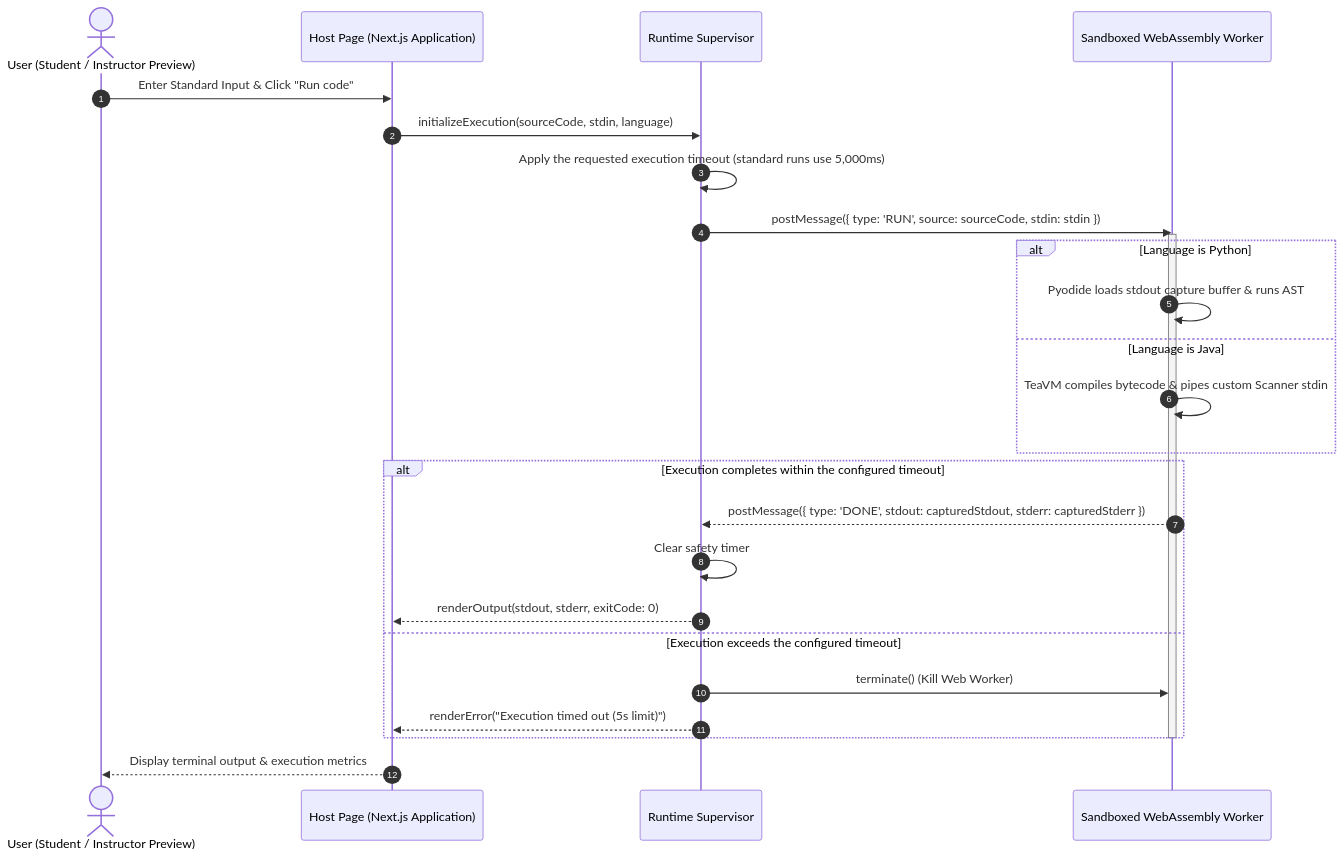
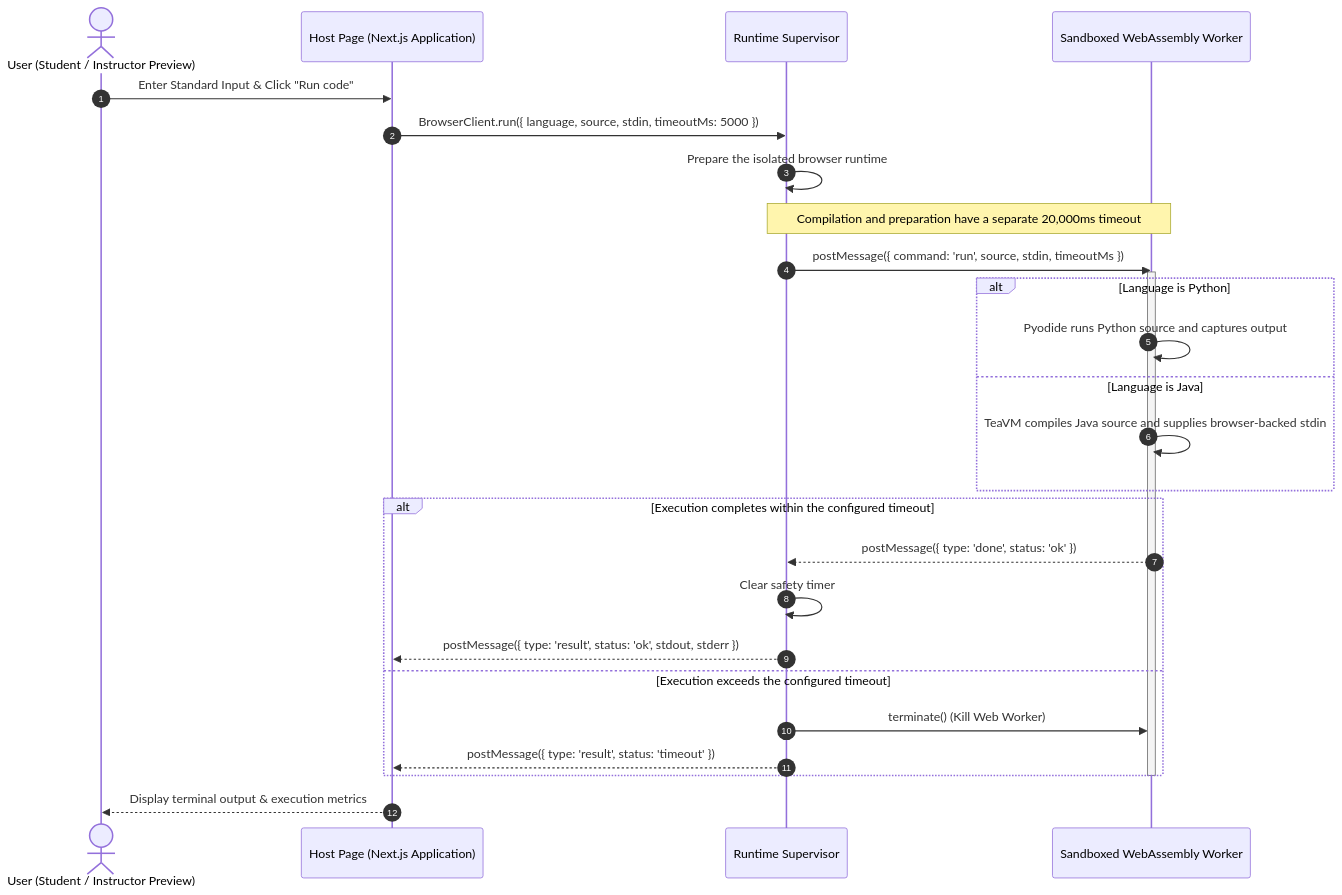
The third of 7 diagrams in docs/DeveloperGuide.md (CS3227-2610-MP4-CodeLeet/CS3227-2610-MP4), drawn with Mermaid before and after one commit. The commit also changed other lines of this file and 3 other files, not shown here.

````diff
--- a/docs/DeveloperGuide.md
+++ b/docs/DeveloperGuide.md
@@ -168,32 +172,33 @@
 ```mermaid
 sequenceDiagram
     autonumber
     actor User as User (Student / Instructor Preview)
     participant HostUI as Host Page (Next.js Application)
     participant Supervisor as Runtime Supervisor
     participant Worker as Sandboxed WebAssembly Worker
 
     User->>HostUI: Enter Standard Input & Click "Run code"
-    HostUI->>Supervisor: initializeExecution(sourceCode, stdin, language)
-    Supervisor->>Supervisor: Apply the requested execution timeout (standard runs use 5,000ms)
-    Supervisor->>Worker: postMessage({ type: 'RUN', source: sourceCode, stdin: stdin })
+    HostUI->>Supervisor: BrowserClient.run({ language, source, stdin, timeoutMs: 5000 })
+    Supervisor->>Supervisor: Prepare the isolated browser runtime
+    Note over Supervisor,Worker: Compilation and preparation have a separate 20,000ms timeout
+    Supervisor->>Worker: postMessage({ command: 'run', source, stdin, timeoutMs })
     
     activate Worker
     alt Language is Python
-        Worker->>Worker: Pyodide loads stdout capture buffer & runs AST
+        Worker->>Worker: Pyodide runs Python source and captures output
     else Language is Java
-        Worker->>Worker: TeaVM compiles bytecode & pipes custom Scanner stdin
+        Worker->>Worker: TeaVM compiles Java source and supplies browser-backed stdin
     end
     
     alt Execution completes within the configured timeout
-        Worker-->>Supervisor: postMessage({ type: 'DONE', stdout: capturedStdout, stderr: capturedStderr })
+        Worker-->>Supervisor: postMessage({ type: 'done', status: 'ok' })
         Supervisor->>Supervisor: Clear safety timer
-        Supervisor-->>HostUI: renderOutput(stdout, stderr, exitCode: 0)
+        Supervisor-->>HostUI: postMessage({ type: 'result', status: 'ok', stdout, stderr })
     else Execution exceeds the configured timeout
         Supervisor->>Worker: terminate() (Kill Web Worker)
-        Supervisor-->>HostUI: renderError("Execution timed out (5s limit)")
+        Supervisor-->>HostUI: postMessage({ type: 'result', status: 'timeout' })
     end
     deactivate Worker
     
     HostUI-->>User: Display terminal output & execution metrics
 ```
````
